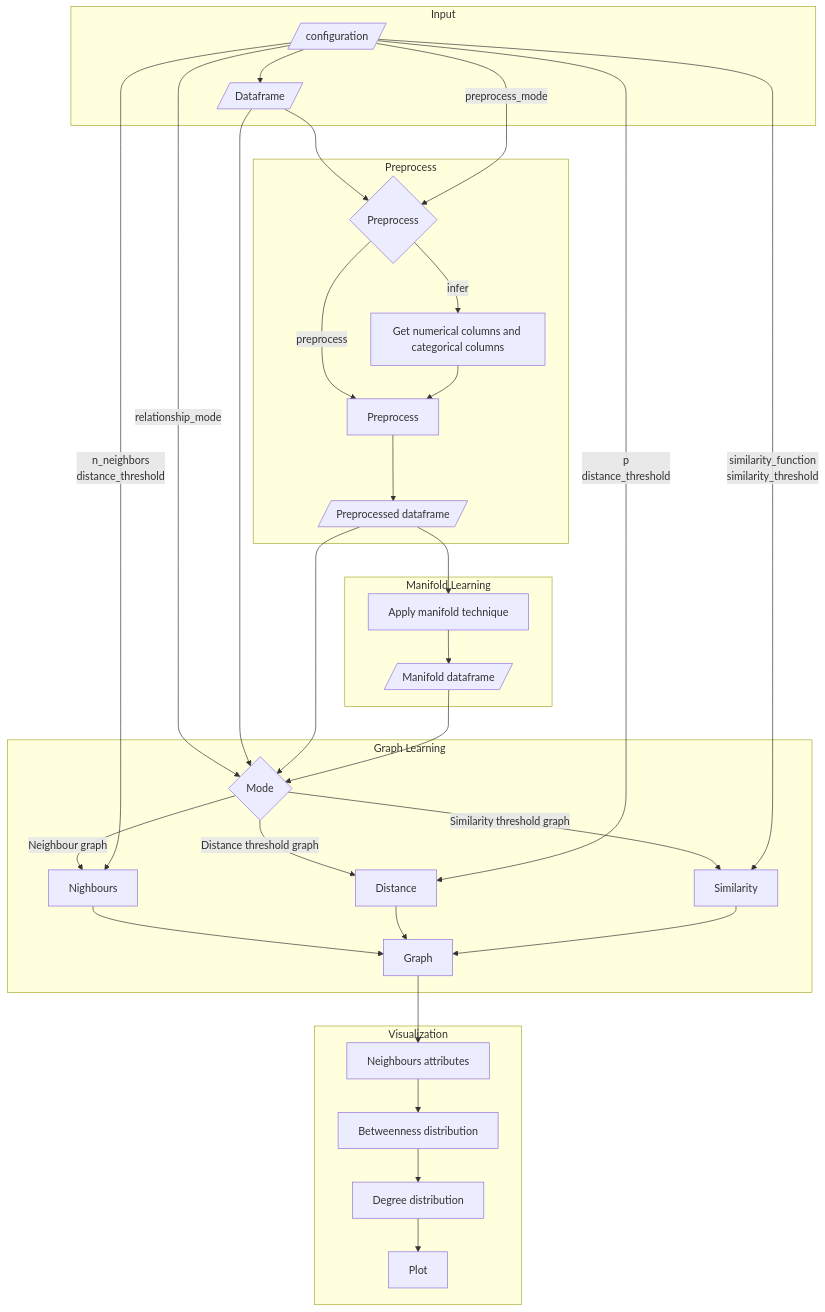
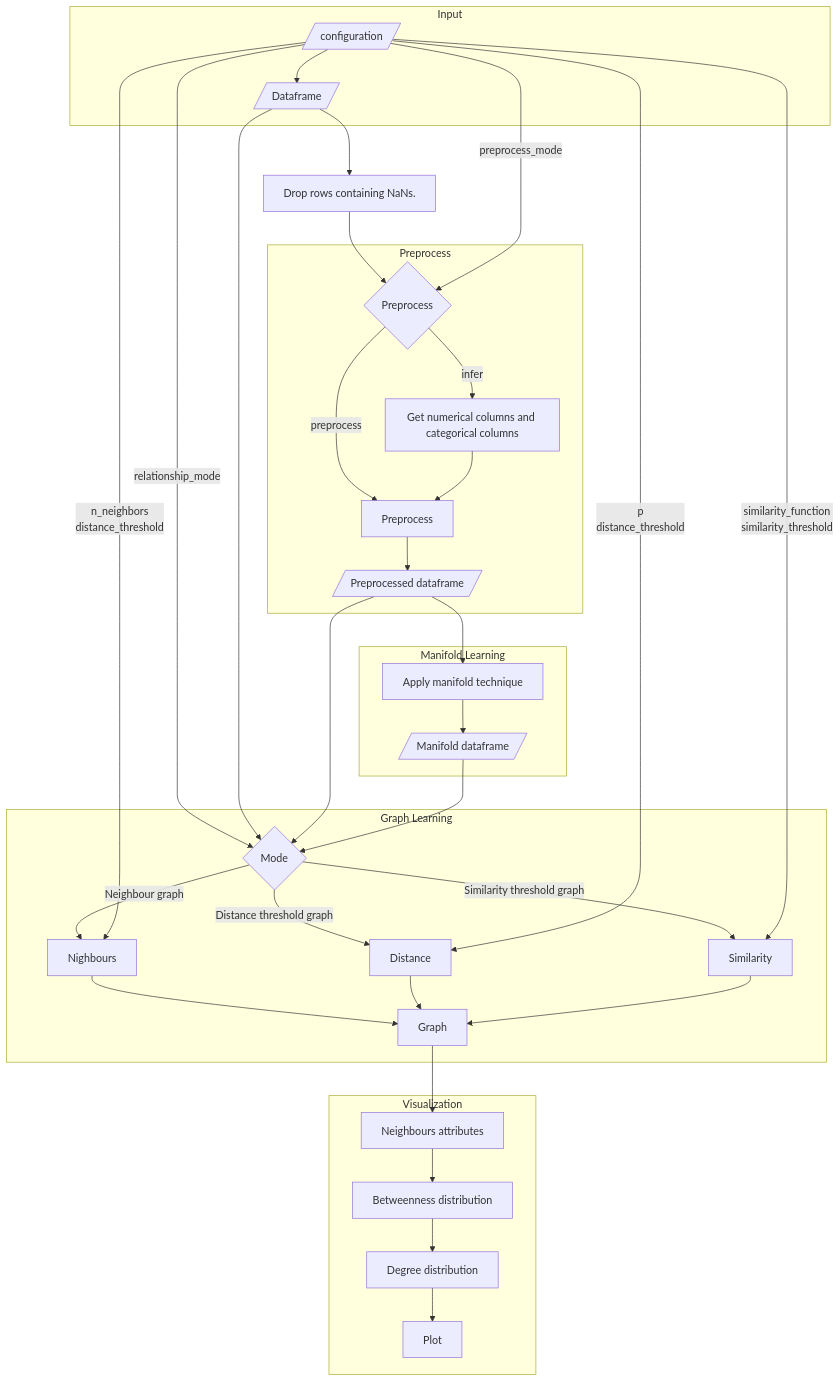
One commit to davidetorre92/Manifold-Table-Graph changed the diagram in README.md. Above: the diagram before and after it, drawn with Mermaid. The commit also changed 1 other file, not shown here.

Commit message:
add NaN handling

````diff
--- a/README.md
+++ b/README.md
@@ -13,39 +13,39 @@
 ```mermaid
 flowchart TD
     subgraph Input
     conf[/configuration/] --> A
     end
-    A[/Dataframe/] --> B{Preprocess}
+    A[/Dataframe/] --> B0[Drop rows containing NaNs.] --> B{Preprocess}
     conf[/configuration/] -->|preprocess_mode| B
 
     subgraph Preprocess
     B -->|infer| C[Get numerical columns and categorical columns]
     B -->|preprocess| D
     C --> D[Preprocess] --> E[/Preprocessed dataframe/]
     end
     subgraph Manifold Learning
     E --> F[Apply manifold technique]
     F --> G[/Manifold dataframe/]
     end
     conf-->|relationship_mode| H
     subgraph Graph Learning
     A --> H{Mode}
     E --> H
     G --> H
     H --> |Neighbour graph| G1
     H --> |Distance threshold graph| G2
     H --> |Similarity threshold graph| G3
     conf-->|n_neighbors \n distance_threshold| G1[Nighbours]
     conf-->|p \n distance_threshold| G2[Distance]
     conf-->|similarity_function \n similarity_threshold| G3[Similarity]
     G1 --> Graph
     G2 --> Graph
     G3 --> Graph
     end
     subgraph Visualization
     Graph --> N[Neighbours attributes]
     N --> b[Betweenness distribution]
     b --> d[Degree distribution]
     d --> Plot
     end
 ```
````
